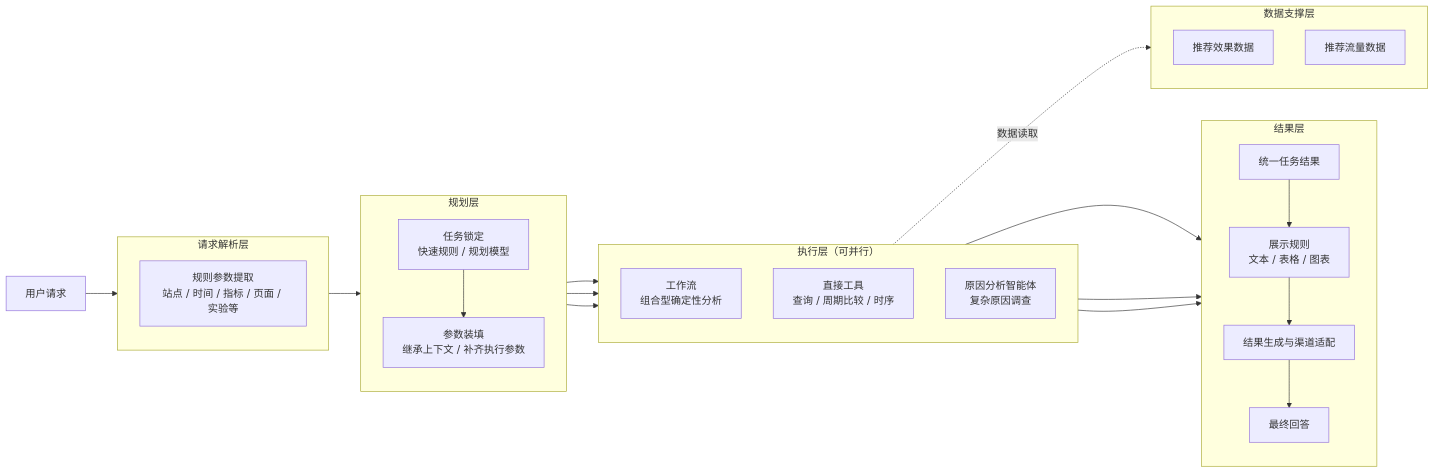
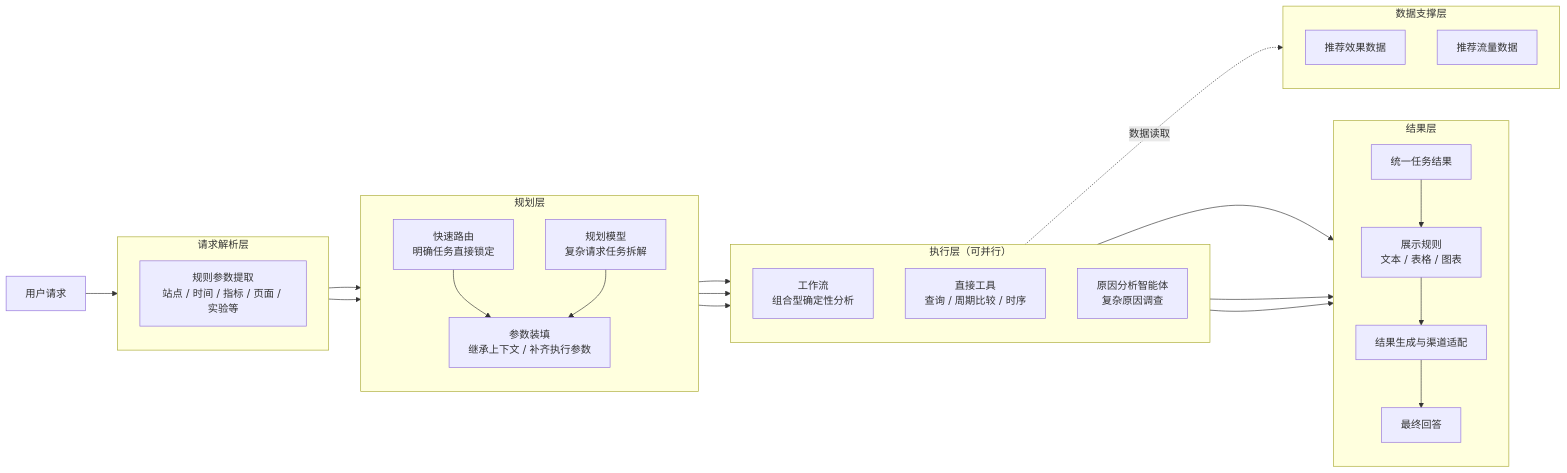
The second of 2 diagrams in weekly-report/agent-comparison.md (sgfd-ui/internship), drawn with Mermaid before and after one commit. The commit also changed other lines of this file, not shown here.

Commit message:
Restore separate fast router and planning model in architecture

````diff
--- a/weekly-report/agent-comparison.md
+++ b/weekly-report/agent-comparison.md
@@ -122,49 +122,54 @@
 ```mermaid
 flowchart LR
     U[用户请求]
 
     subgraph Q[请求解析层]
         direction TB
         Q1[规则参数提取<br/>站点 / 时间 / 指标 / 页面 / 实验等]
     end
 
     subgraph P[规划层]
         direction TB
-        P1[任务锁定<br/>快速规则 / 规划模型]
-        P2[参数装填<br/>继承上下文 / 补齐执行参数]
-        P1 --> P2
+        P1[快速路由<br/>明确任务直接锁定]
+        P2[规划模型<br/>复杂请求任务拆解]
+        P3[参数装填<br/>继承上下文 / 补齐执行参数]
+        P1 --> P3
+        P2 --> P3
     end
 
     subgraph E[执行层（可并行）]
         direction TB
         E1[工作流<br/>组合型确定性分析]
         E2[直接工具<br/>查询 / 周期比较 / 时序]
         E3[原因分析智能体<br/>复杂原因调查]
     end
 
     subgraph R[结果层]
         direction TB
         R1[统一任务结果]
         R2[展示规则<br/>文本 / 表格 / 图表]
         R3[结果生成与渠道适配]
         F[最终回答]
         R1 --> R2 --> R3 --> F
     end
 
     subgraph D[数据支撑层]
         direction TB
         D1[推荐效果数据]
         D2[推荐流量数据]
     end
 
-    U --> Q1 --> P1
-    P2 --> E1
-    P2 --> E2
-    P2 --> E3
+    U --> Q1
+    Q1 --> P1
+    Q1 --> P2
+
+    P3 --> E1
+    P3 --> E2
+    P3 --> E3
 
     E1 --> R1
     E2 --> R1
     E3 --> R1
 
     E -.数据读取.-> D
 ```
````
